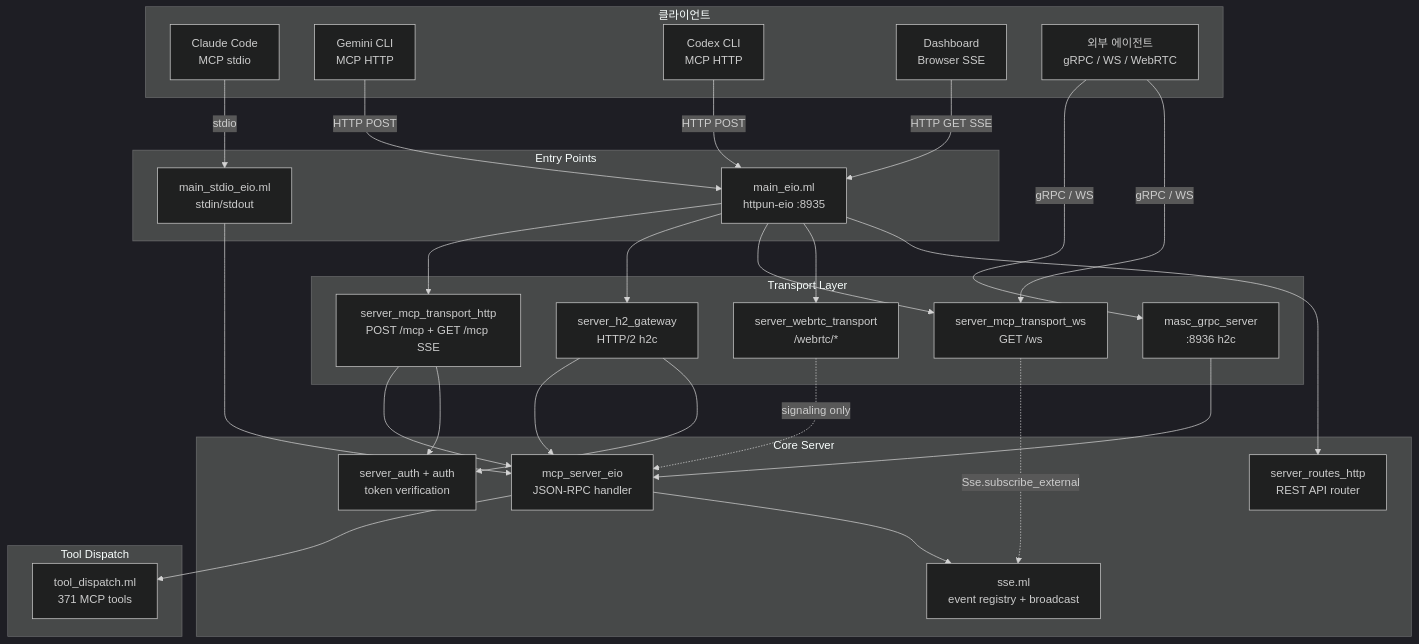
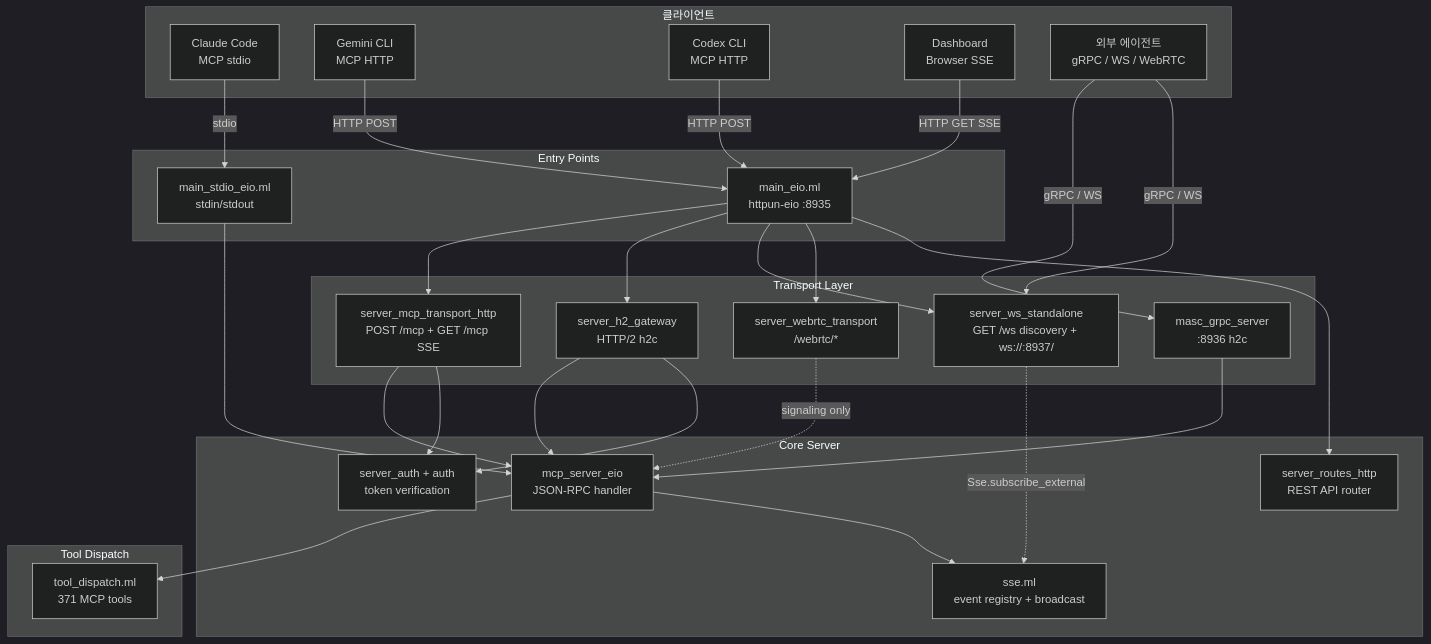
Before and after one commit to jeong-sik/masc: the first of 3 diagrams in docs/spec/09-server-transport.md, drawn with Mermaid (dark theme). The commit also changed other lines of this file and 28 other files, not shown here.

Commit message:
feat(transport): practicalize runtime discovery and interop

````diff
--- a/docs/spec/09-server-transport.md
+++ b/docs/spec/09-server-transport.md
@@ -30,53 +30,53 @@
 ```mermaid
 graph TB
     subgraph Clients["클라이언트"]
         CC[Claude Code<br/>MCP stdio]
         GC[Gemini CLI<br/>MCP HTTP]
         CX[Codex CLI<br/>MCP HTTP]
         DB[Dashboard<br/>Browser SSE]
         EXT[외부 에이전트<br/>gRPC / WS / WebRTC]
     end
 
     subgraph EntryPoints["Entry Points"]
         STDIO[main_stdio_eio.ml<br/>stdin/stdout]
         HTTP[main_eio.ml<br/>httpun-eio :8935]
     end
 
     subgraph TransportLayer["Transport Layer"]
         MCP_HTTP[server_mcp_transport_http<br/>POST /mcp + GET /mcp SSE]
         H2_GW[server_h2_gateway<br/>HTTP/2 h2c]
-        WS_T[server_mcp_transport_ws<br/>GET /ws]
+        WS_T[server_ws_standalone<br/>GET /ws discovery + ws://:8937/]
         GRPC_S[masc_grpc_server<br/>:8936 h2c]
         WEBRTC[server_webrtc_transport<br/>/webrtc/*]
     end
 
     subgraph CoreServer["Core Server"]
         MCP_EIO[mcp_server_eio<br/>JSON-RPC handler]
         SSE_MOD[sse.ml<br/>event registry + broadcast]
         AUTH[server_auth + auth<br/>token verification]
         ROUTES[server_routes_http<br/>REST API router]
     end
 
     subgraph Dispatch["Tool Dispatch"]
         TD[tool_dispatch.ml<br/>371 MCP tools]
     end
 
     CC -->|stdio| STDIO
     GC -->|HTTP POST| HTTP
     CX -->|HTTP POST| HTTP
     DB -->|HTTP GET SSE| HTTP
     EXT -->|gRPC / WS| GRPC_S & WS_T
 
     STDIO --> MCP_EIO
     HTTP --> MCP_HTTP & H2_GW & WS_T & WEBRTC & ROUTES
     MCP_HTTP --> MCP_EIO
     H2_GW --> MCP_EIO
     WS_T -.->|Sse.subscribe_external| SSE_MOD
     GRPC_S --> MCP_EIO
     WEBRTC -.->|signaling only| MCP_EIO
 
     MCP_EIO --> TD
     MCP_EIO --> SSE_MOD
     MCP_HTTP --> AUTH
     H2_GW --> AUTH
 ```
````
